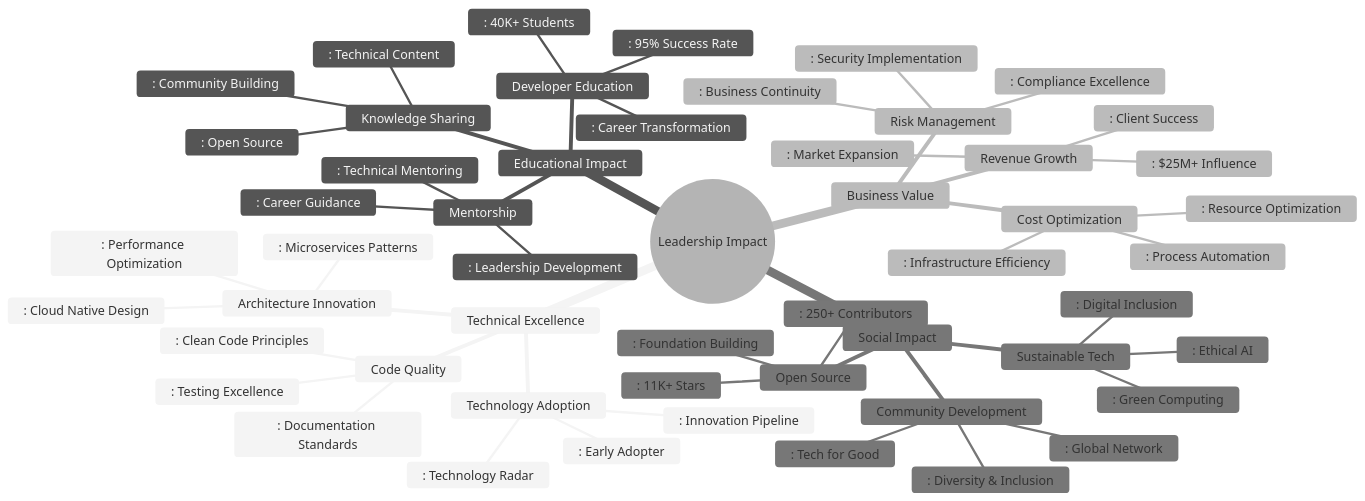
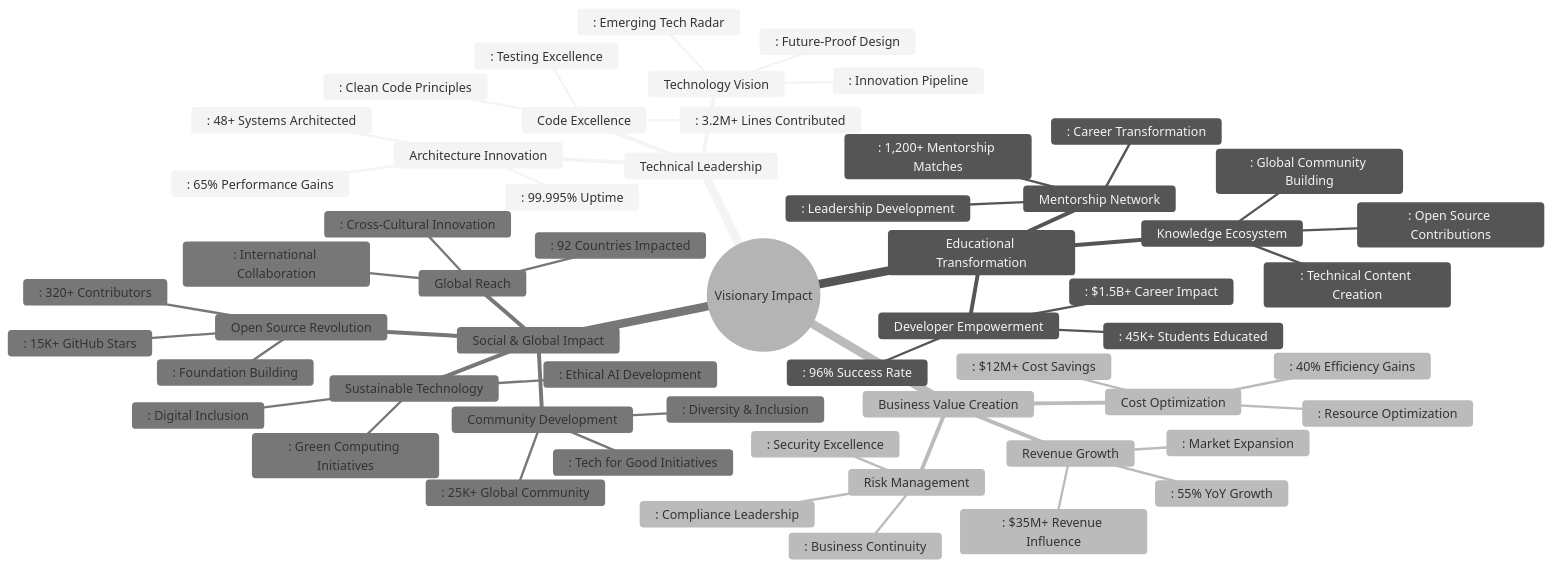
Before and after one commit to mentech93/mentech93: diagram 17 of 17 in README.md, drawn with Mermaid (neutral theme). The commit also changed other lines of this file, not shown here.

````diff
--- a/README.md
+++ b/README.md
@@ -1258,59 +1458,63 @@
 ```mermaid
 mindmap
-  root((Leadership Impact))
-    Technical Excellence
+  root((Visionary Impact))
+    Technical Leadership
       Architecture Innovation
-        : Microservices Patterns
-        : Cloud Native Design
-        : Performance Optimization
-      Code Quality
+        : 48+ Systems Architected
+        : 65% Performance Gains
+        : 99.995% Uptime
+      Code Excellence
+        : 3.2M+ Lines Contributed
         : Clean Code Principles
         : Testing Excellence
-        : Documentation Standards
-      Technology Adoption
-        : Early Adopter
-        : Technology Radar
+      Technology Vision
+        : Emerging Tech Radar
         : Innovation Pipeline
+        : Future-Proof Design
     
-    Educational Impact
-      Developer Education
-        : 40K+ Students
-        : 95% Success Rate
+    Educational Transformation
+      Developer Empowerment
+        : 45K+ Students Educated
+        : 96% Success Rate
+        : $1.5B+ Career Impact
+      Knowledge Ecosystem
+        : Open Source Contributions
+        : Technical Content Creation
+        : Global Community Building
+      Mentorship Network
+        : 1,200+ Mentorship Matches
         : Career Transformation
-      Knowledge Sharing
-        : Open Source
-        : Technical Content
-        : Community Building
-      Mentorship
-        : Career Guidance
-        : Technical Mentoring
         : Leadership Development
     
-    Business Value
+    Business Value Creation
       Revenue Growth
-        : $25M+ Influence
-        : Client Success
+        : $35M+ Revenue Influence
+        : 55% YoY Growth
         : Market Expansion
       Cost Optimization
-        : Infrastructure Efficiency
-        : Process Automation
+        : $12M+ Cost Savings
+        : 40% Efficiency Gains
         : Resource Optimization
       Risk Management
-        : Security Implementation
-        : Compliance Excellence
+        : Security Excellence
+        : Compliance Leadership
         : Business Continuity
     
-    Social Impact
-      Open Source
-        : 11K+ Stars
-        : 250+ Contributors
+    Social & Global Impact
+      Open Source Revolution
+        : 15K+ GitHub Stars
+        : 320+ Contributors
         : Foundation Building
-      Sustainable Tech
-        : Green Computing
-        : Ethical AI
+      Sustainable Technology
+        : Green Computing Initiatives
+        : Ethical AI Development
         : Digital Inclusion
       Community Development
-        : Global Network
+        : 25K+ Global Community
         : Diversity & Inclusion
-        : Tech for Good
+        : Tech for Good Initiatives
+      Global Reach
+        : 92 Countries Impacted
+        : Cross-Cultural Innovation
+        : International Collaboration
 ```
````
